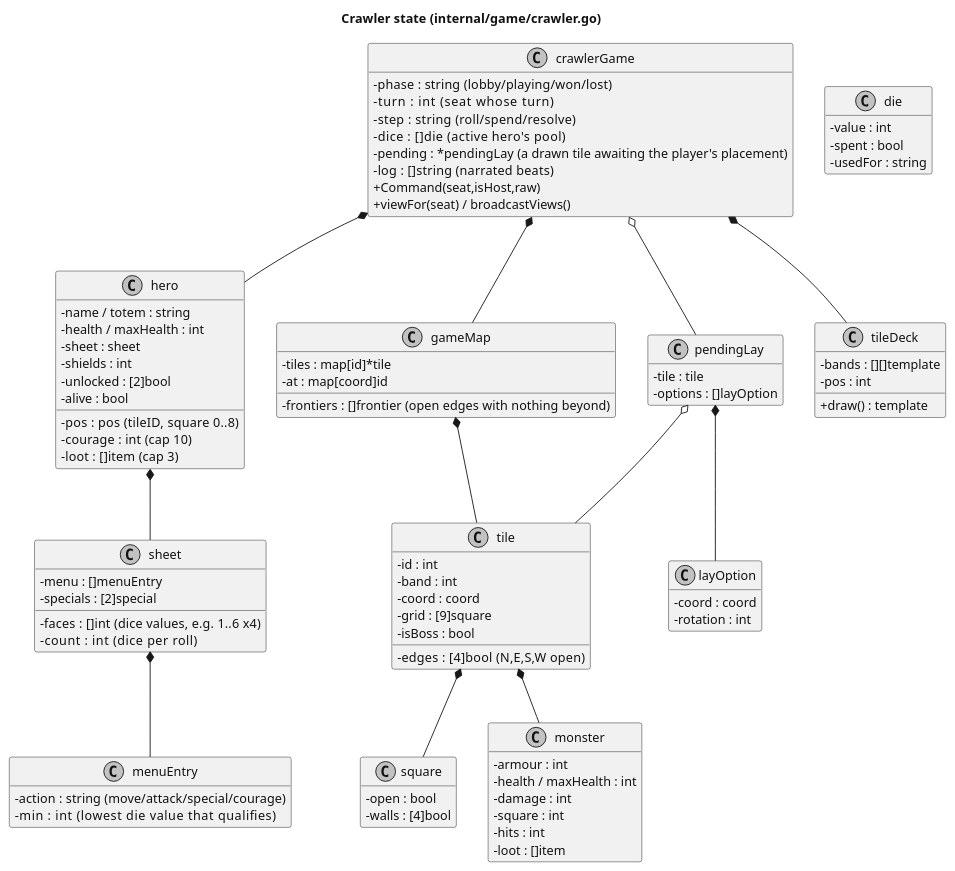
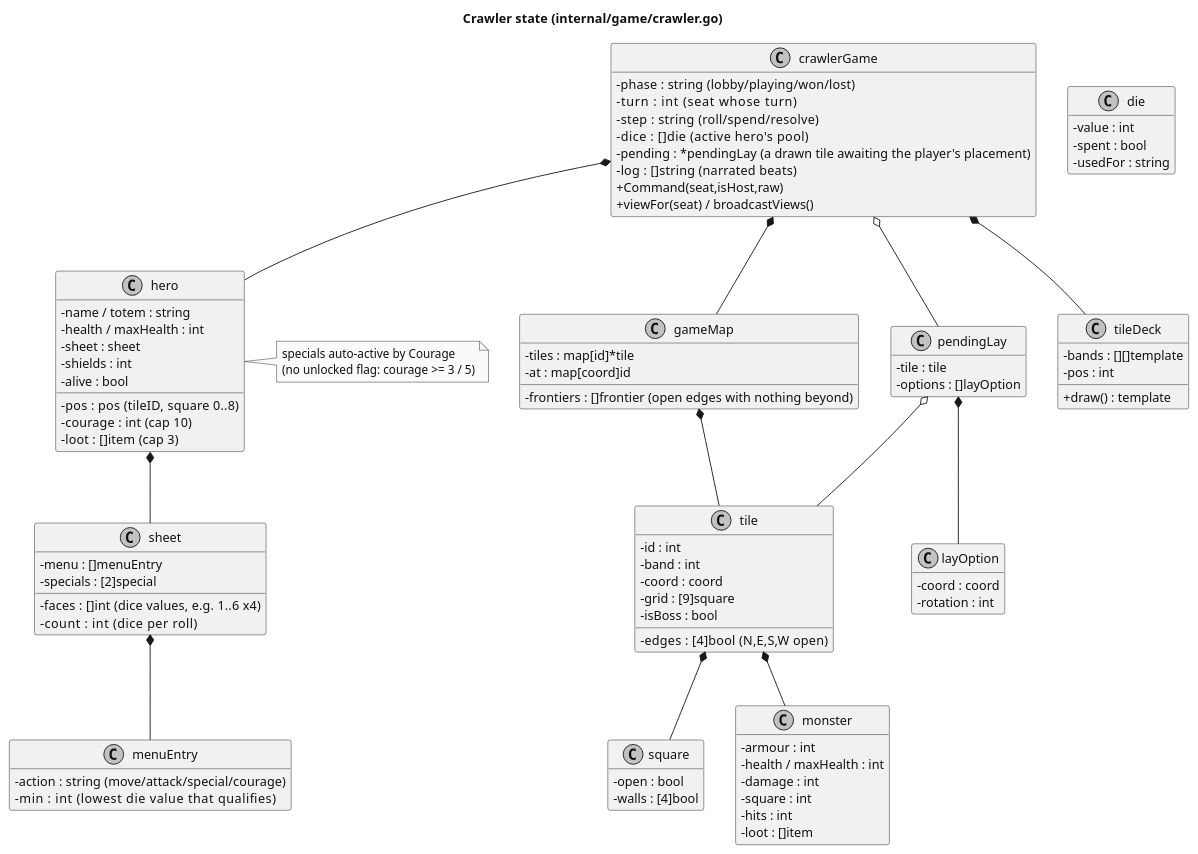
One commit to Niklasvdm/TotemAppIT changed the second of 5 diagrams in docs/crawler-architecture.md. Above: the diagram before and after it, drawn with PlantUML. The commit also changed other lines of this file and 37 other files, not shown here.

```diff
--- a/docs/crawler-architecture.md
+++ b/docs/crawler-architecture.md
@@ -106,9 +106,9 @@
   -courage : int  (cap 10)
   -shields : int
   -loot : []item  (cap 3)
-  -unlocked : [2]bool
   -alive : bool
 }
+note right of hero : specials auto-active by Courage\n(no unlocked flag: courage >= 3 / 5)
 class sheet {
   -faces : []int   (dice values, e.g. 1..6 x4)
   -count : int     (dice per roll)
```
